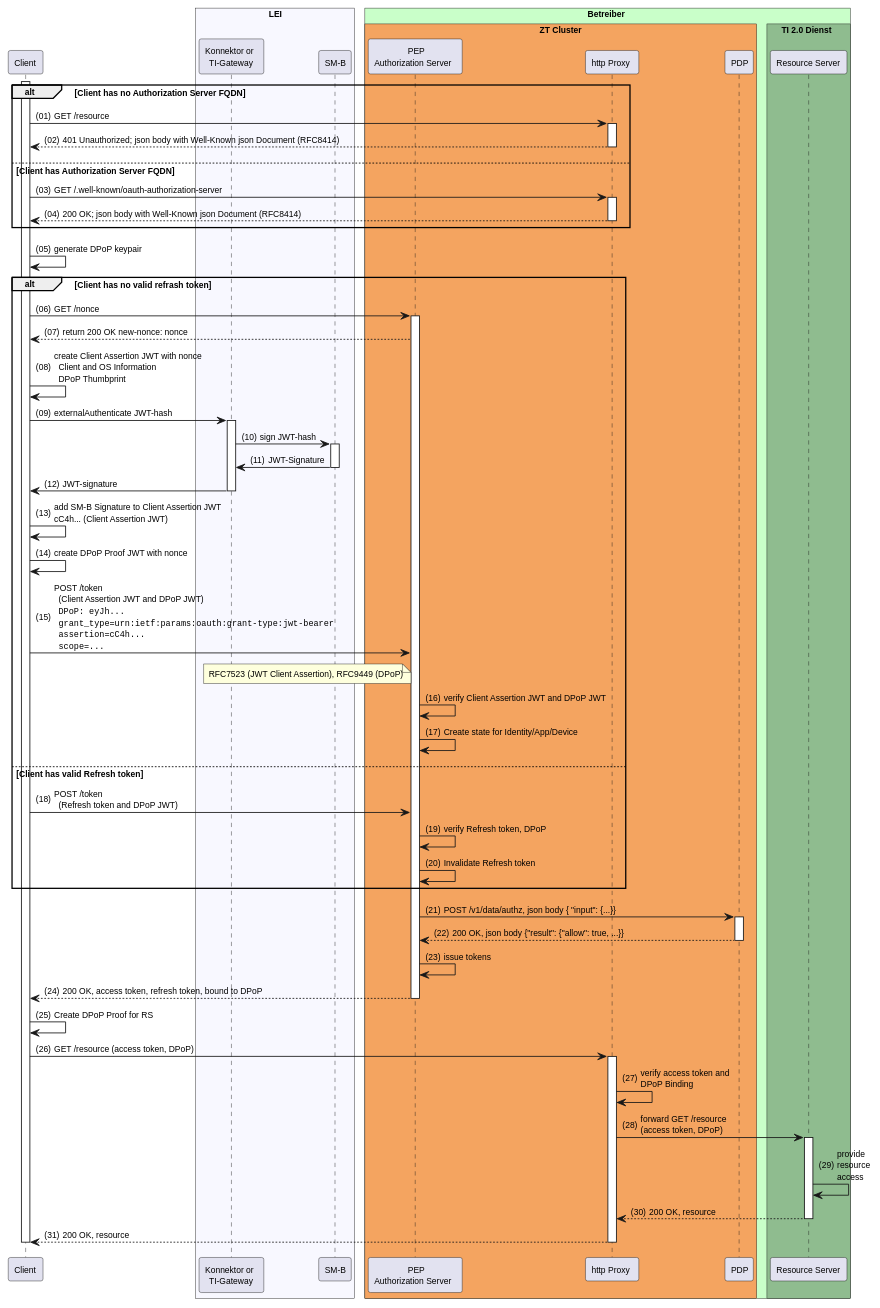
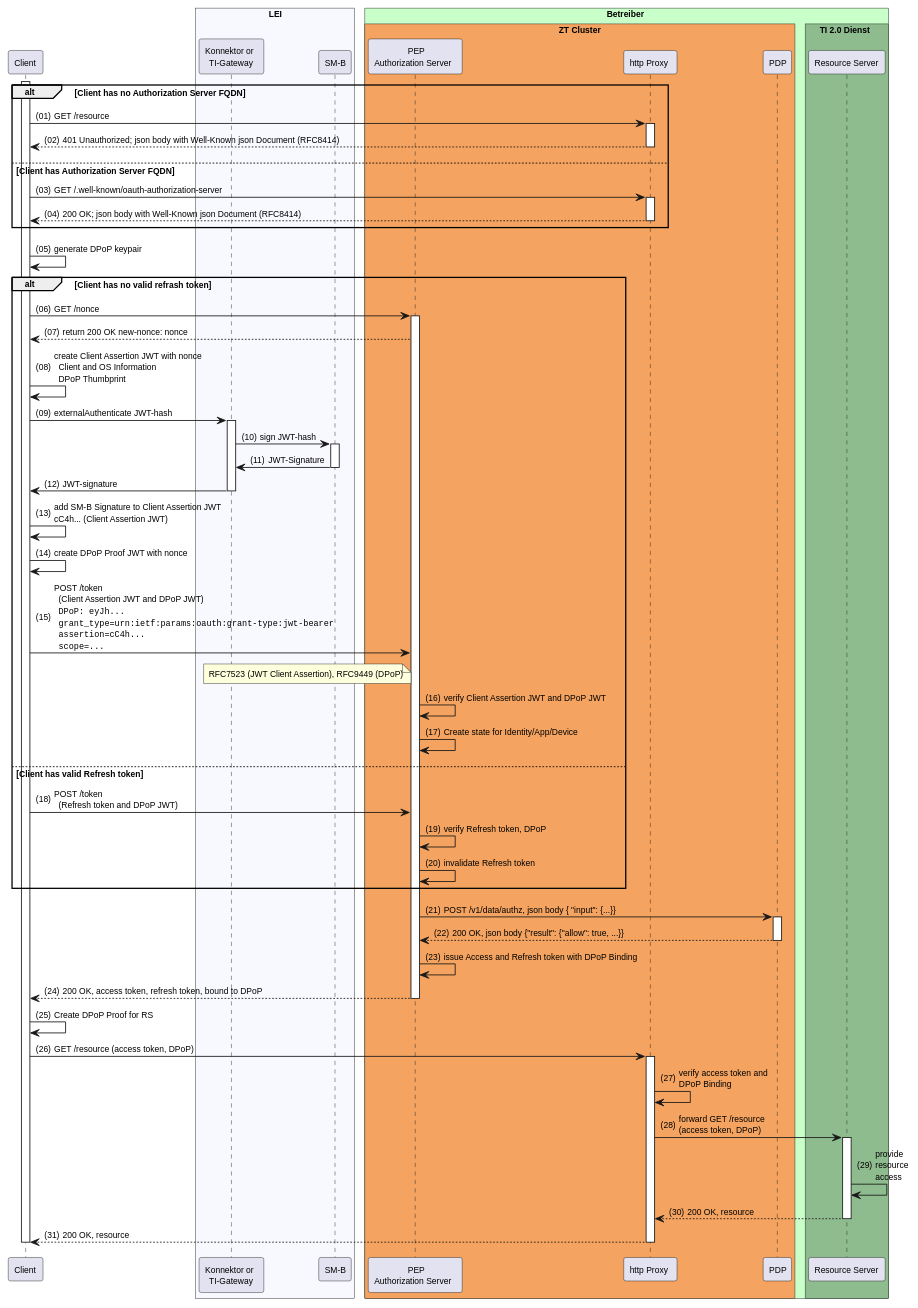
Before and after one commit to gematik/spec-t20r: the diagram in src/plantuml/sm-b-auth.puml, drawn with PlantUML.

```diff
--- a/src/plantuml/sm-b-auth.puml
+++ b/src/plantuml/sm-b-auth.puml
@@ -1,101 +1,101 @@
 @startuml "SM-B_Auth_with_DPoP"
 autonumber "(00)"
 skinparam defaultFontSize 10
 skinparam defaultFontName Helvetica
 skinparam DefaultMonospacedFontName Courier
 skinparam lengthAdjust none
 
 !pragma teoz true
 
 participant Client
 box "LEI" #GhostWhite
     participant Konnektor as "Konnektor or\nTI-Gateway"
     participant SMB as "SM-B"
 end box
 
 box "Betreiber" #TECHNOLOGY
     box "ZT Cluster" #SandyBrown
         participant AuthS as "PEP\nAuthorization Server" 
         participant HP as "http Proxy"
         participant PDP as "PDP"
     endbox
     box TI 2.0 Dienst #DarkSeaGreen
         participant RS as "Resource Server"
     endbox
 end box
 
 activate Client
 alt Client has no Authorization Server FQDN
     Client -> HP: GET /resource
     activate HP
     HP --> Client: 401 Unauthorized; json body with Well-Known json Document (RFC8414)
     deactivate HP
 else Client has Authorization Server FQDN
     Client -> HP: GET /.well-known/oauth-authorization-server 
     activate HP
     HP --> Client: 200 OK; json body with Well-Known json Document (RFC8414)
     deactivate HP
 end
 
 Client -> Client: generate DPoP keypair
 alt Client has no valid refrash token
 Client -> AuthS: GET /nonce
 activate AuthS
 AuthS --> Client: return 200 OK new-nonce: nonce
 Client -> Client: create Client Assertion JWT with nonce\n  Client and OS Information\n  DPoP Thumbprint
 Client -> Konnektor: externalAuthenticate JWT-hash
 activate Konnektor
 Konnektor -> SMB: sign JWT-hash
 activate SMB
 SMB -> Konnektor: JWT-Signature
 deactivate SMB
 Konnektor -> Client: JWT-signature
 deactivate Konnektor
 
 Client -> Client: add SM-B Signature to Client Assertion JWT\n\
 cC4h... (Client Assertion JWT)
 Client -> Client: create DPoP Proof JWT with nonce
 Client -> AuthS: POST /token\n\
   (Client Assertion JWT and DPoP JWT)\n\
   ""DPoP: eyJh...""\n\
   ""grant_type=urn:ietf:params:oauth:grant-type:jwt-bearer""\n\
   ""assertion=cC4h...""\n\
   ""scope=...""
 note left of AuthS
   RFC7523 (JWT Client Assertion), RFC9449 (DPoP)
 end note
 AuthS -> AuthS: verify Client Assertion JWT and DPoP JWT
 AuthS -> AuthS: Create state for Identity/App/Device
 else Client has valid Refresh token
 Client -> AuthS: POST /token\n\
   (Refresh token and DPoP JWT)
 AuthS -> AuthS: verify Refresh token, DPoP
-AuthS -> AuthS: Invalidate Refresh token
+AuthS -> AuthS: invalidate Refresh token
 end
 
 AuthS -> PDP: POST /v1/data/authz, json body {  "input": {...}} 
 activate PDP
 PDP --> AuthS: 200 OK, json body {"result": {"allow": true, ...}}
 deactivate PDP
-AuthS -> AuthS: issue tokens
+AuthS -> AuthS: issue Access and Refresh token with DPoP Binding
 AuthS --> Client: 200 OK, access token, refresh token, bound to DPoP
 deactivate AuthS
 Client -> Client: Create DPoP Proof for RS
 
 Client -> HP: GET /resource (access token, DPoP)
 activate HP
 HP -> HP: verify access token and\nDPoP Binding
 HP -> RS: forward GET /resource\n\
 (access token, DPoP)
 activate RS
 RS -> RS: provide\n\
 resource\n\
 access
 RS --> HP: 200 OK, resource
 deactivate RS
 HP --> Client: 200 OK, resource
 deactivate HP
 deactivate RS
 deactivate Client
 
 @enduml
```
